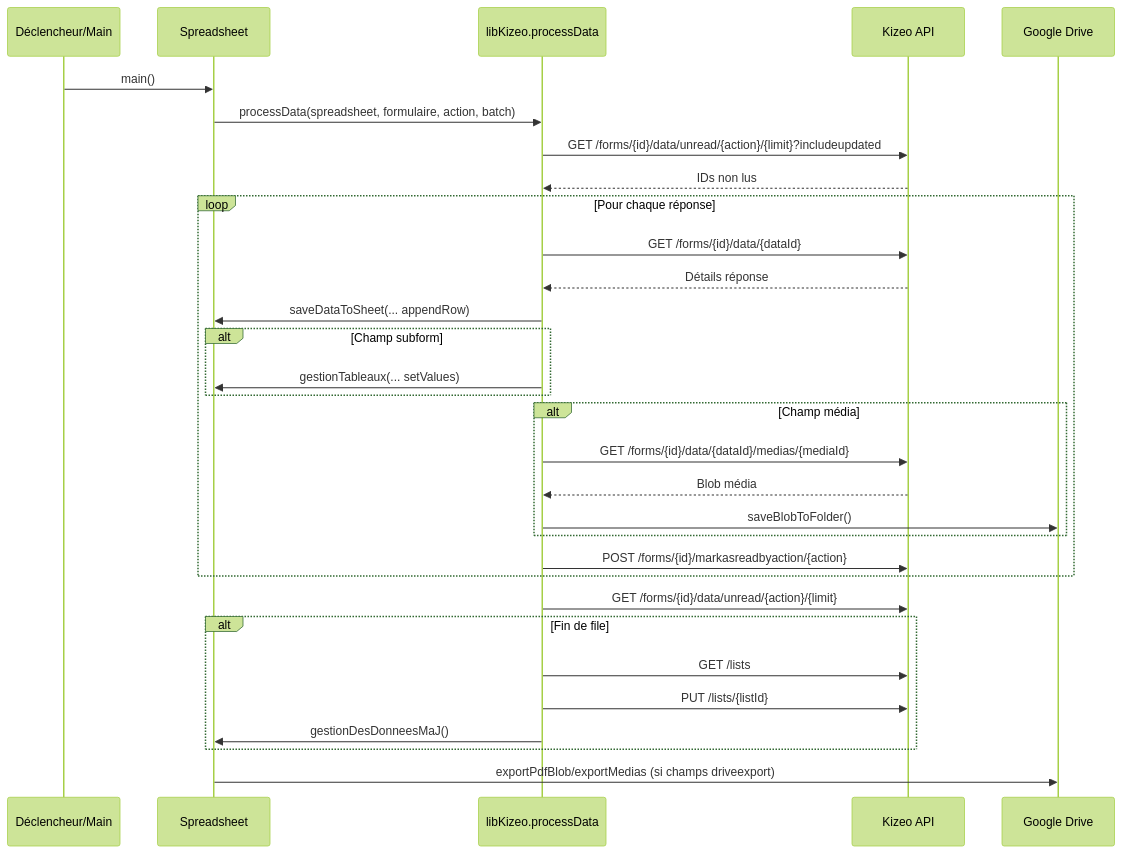
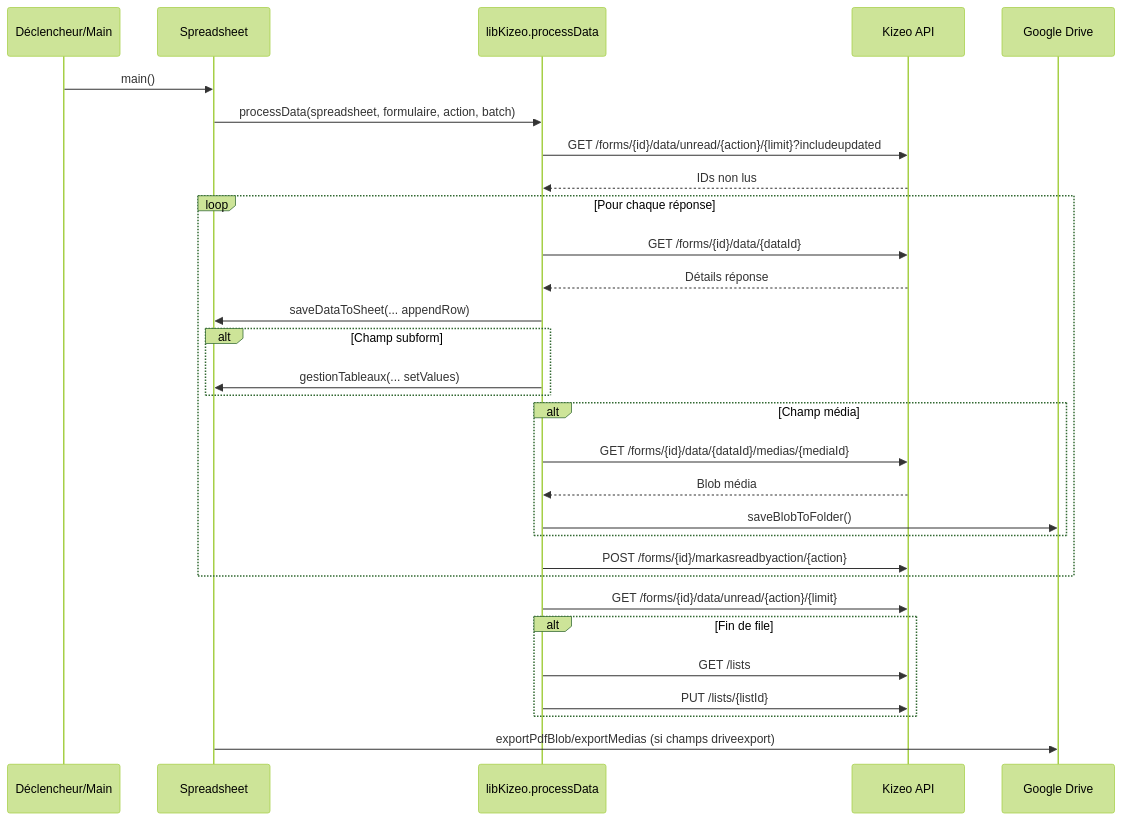
One commit to jS0nn/api-kizeo-bq changed the second of 4 diagrams in context-kizeo.md. Above: the diagram before and after it, drawn with Mermaid (forest theme). The commit also changed other lines of this file and 8 other files, not shown here.

````diff
--- a/context-kizeo.md
+++ b/context-kizeo.md
@@ -82,34 +80,33 @@
 ```mermaid
 sequenceDiagram
     participant Trigger as Déclencheur/Main
     participant Sheet as Spreadsheet
     participant Lib as libKizeo.processData
     participant Kizeo as Kizeo API
     participant Drive as Google Drive
 
     Trigger->>Sheet: main()
     Sheet->>Lib: processData(spreadsheet, formulaire, action, batch)
     Lib->>Kizeo: GET /forms/{id}/data/unread/{action}/{limit}?includeupdated
     Kizeo-->>Lib: IDs non lus
     loop Pour chaque réponse
         Lib->>Kizeo: GET /forms/{id}/data/{dataId}
         Kizeo-->>Lib: Détails réponse
         Lib->>Sheet: saveDataToSheet(... appendRow)
         alt Champ subform
             Lib->>Sheet: gestionTableaux(... setValues)
         end
         alt Champ média
             Lib->>Kizeo: GET /forms/{id}/data/{dataId}/medias/{mediaId}
             Kizeo-->>Lib: Blob média
             Lib->>Drive: saveBlobToFolder()
         end
         Lib->>Kizeo: POST /forms/{id}/markasreadbyaction/{action}
     end
     Lib->>Kizeo: GET /forms/{id}/data/unread/{action}/{limit}
     alt Fin de file
         Lib->>Kizeo: GET /lists
         Lib->>Kizeo: PUT /lists/{listId}
-        Lib->>Sheet: gestionDesDonneesMaJ()
     end
     Sheet->>Drive: exportPdfBlob/exportMedias (si champs driveexport)
 ```
````
